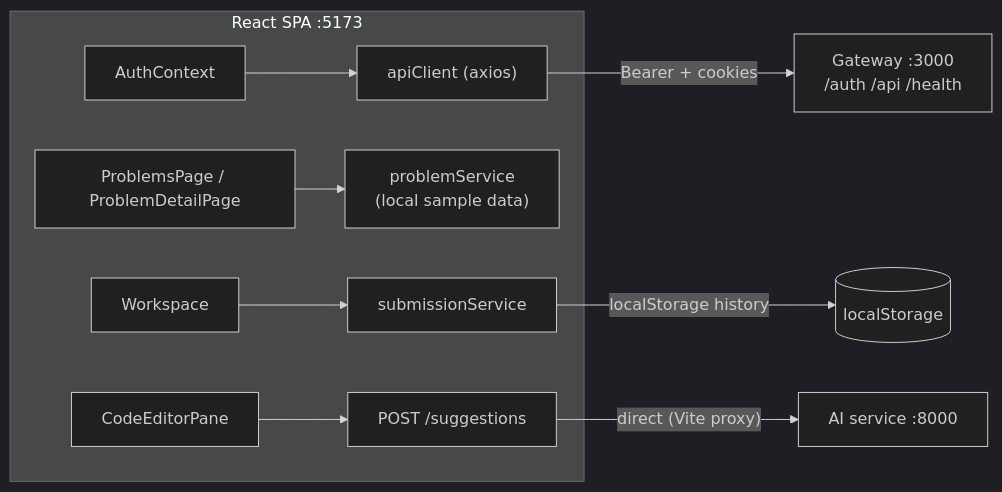
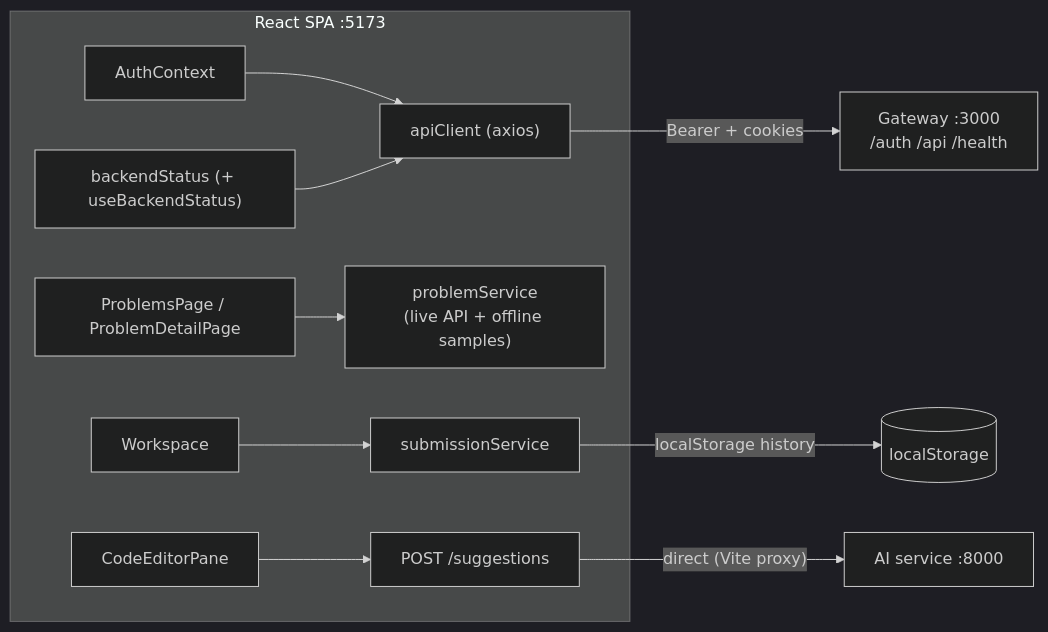
The first of 2 diagrams in apps/frontend/README.md (Osank31/LCArena), drawn with Mermaid (dark theme) before and after one commit. The commit also changed other lines of this file and 30 other files, not shown here.

````diff
--- a/apps/frontend/README.md
+++ b/apps/frontend/README.md
@@ -55,12 +57,13 @@
 ```mermaid
 flowchart LR
     subgraph SPA["React SPA :5173"]
         Auth["AuthContext"] --> AC["apiClient (axios)"]
-        PP["ProblemsPage / ProblemDetailPage"] --> PS["problemService\n(local sample data)"]
+        PP["ProblemsPage / ProblemDetailPage"] --> PS["problemService\n(live API + offline samples)"]
+        BS["backendStatus (+ useBackendStatus)"] --> AC
         WS["Workspace"] --> SS["submissionService"]
         CE["CodeEditorPane"] --> AI["POST /suggestions"]
     end
     AC -->|"Bearer + cookies"| GW["Gateway :3000\n/auth /api /health"]
     AI -->|"direct (Vite proxy)"| AIS["AI service :8000"]
     SS -->|"localStorage history"| LS[("localStorage")]
 ```
````
